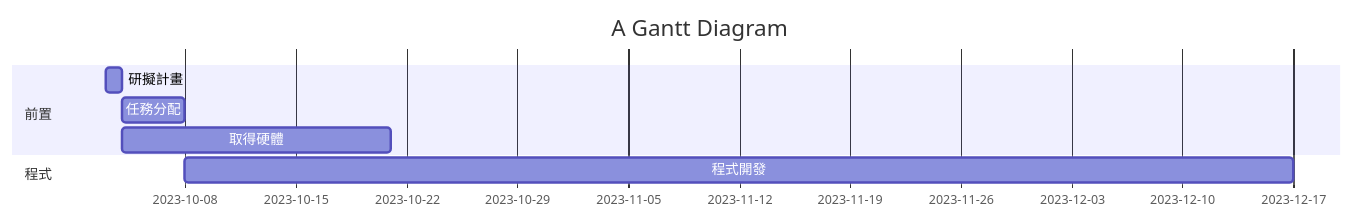
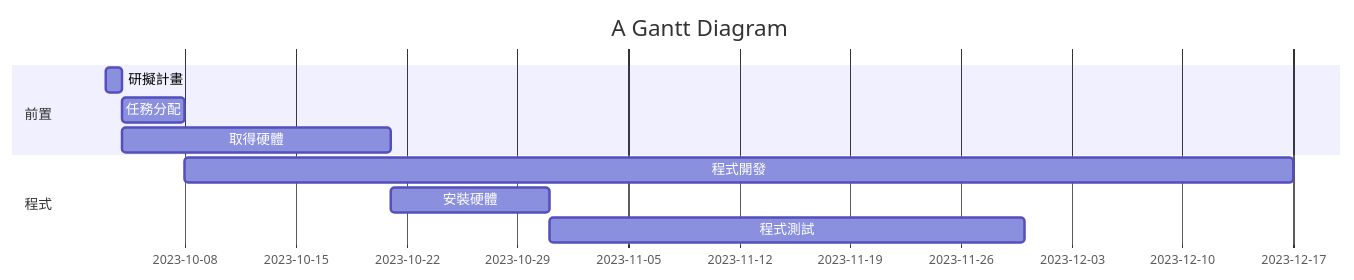
Before and after one commit to C110118260/Test: the diagram in HW2.md, drawn with Mermaid.

````diff
--- a/HW2.md
+++ b/HW2.md
@@ -4,13 +4,14 @@
 ```mermaid
 gantt
     title A Gantt Diagram
 
     section 前置
     研擬計畫 : a1, 2023-10-03, 1d
-    任務分配 : a2 , after a1  , 4d
-    取得硬體 : after a1  , 17d
+    任務分配 : a2, after a1  , 4d
+    取得硬體 : a3, after a1  , 17d
 
     section 程式
-    程式開發 :after a2 , 70d
-    
+    程式開發 : a4, after a2, 70d
+    安裝硬體 : a5, after a3, 10d
+    程式測試 : a6, after a5 , 30d
 ```
````
